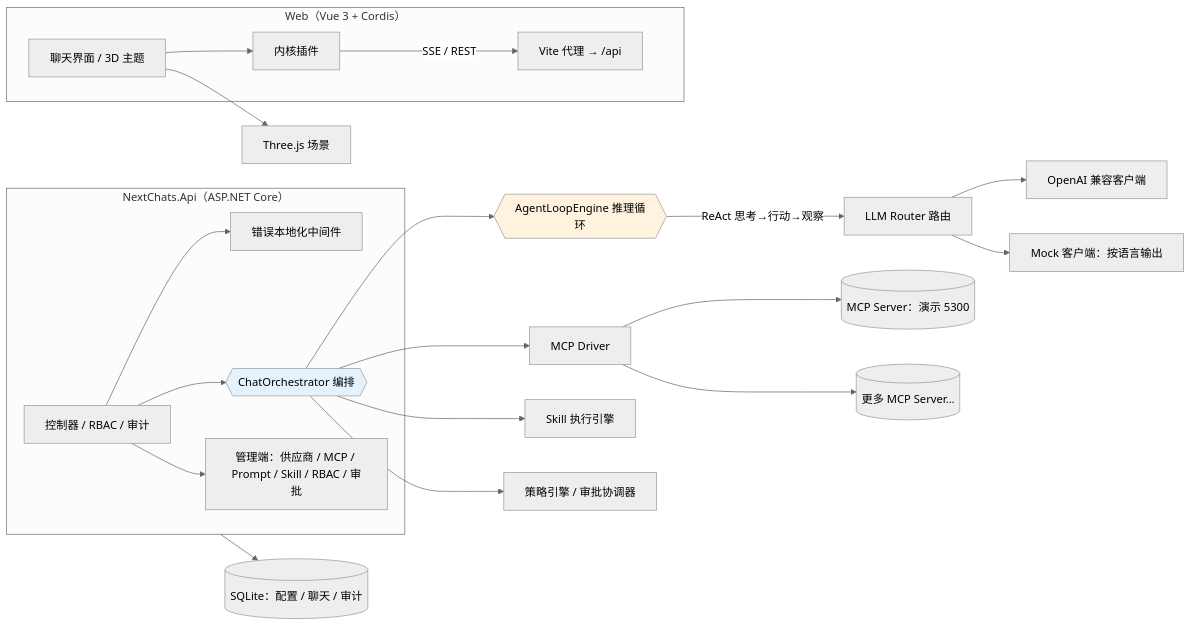
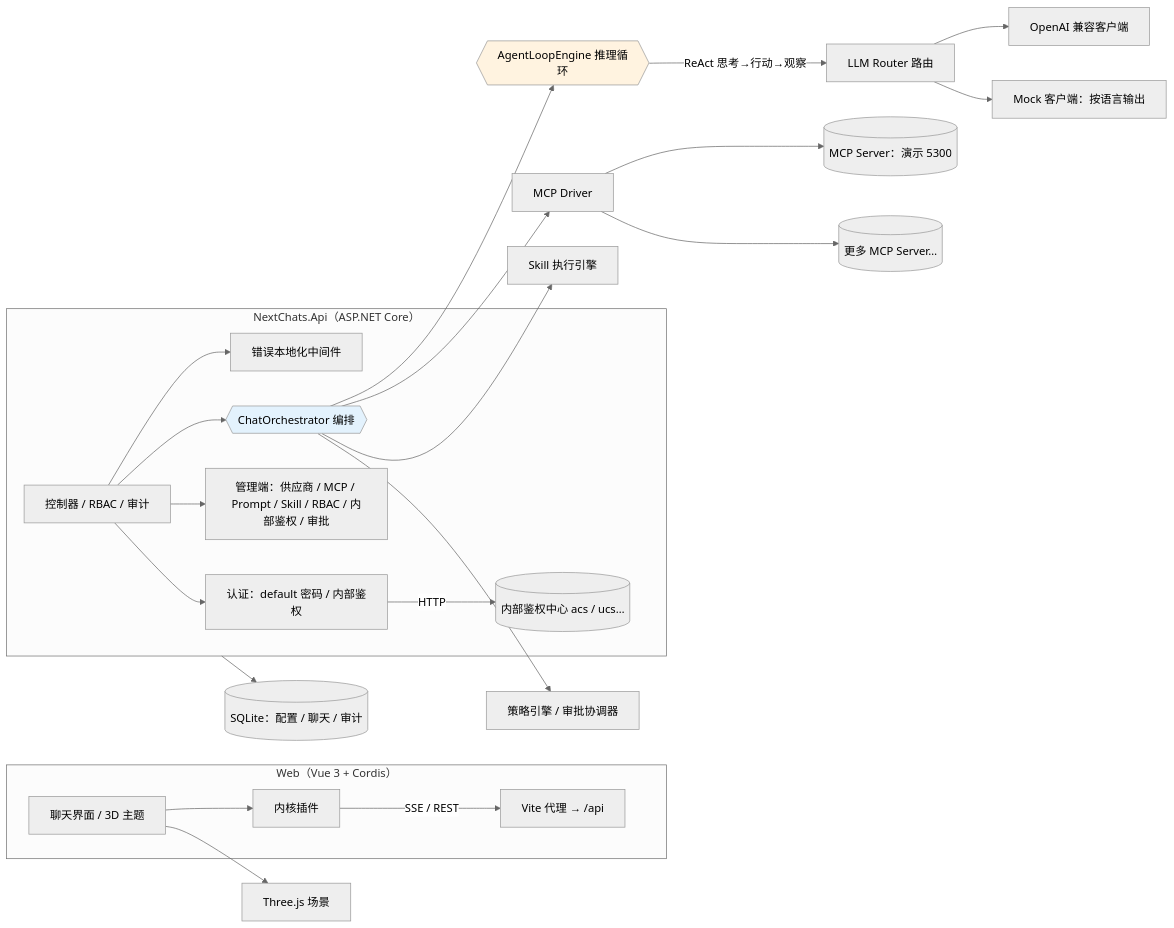
One commit to Hopcos/Next-Chats changed the second of 5 diagrams in README.zh.md. Above: the diagram before and after it, drawn with Mermaid (neutral theme). The commit also changed other lines of this file and 24 other files, not shown here.

````diff
--- a/README.zh.md
+++ b/README.zh.md
@@ -199,29 +233,31 @@
 ```mermaid
 flowchart LR
     subgraph Web["Web（Vue 3 + Cordis）"]
         UI[聊天界面 / 3D 主题] --> K[内核插件]
         K -->|SSE / REST| HTTP[Vite 代理 → /api]
     end
 
     subgraph Api["NextChats.Api（ASP.NET Core）"]
         Ctl[控制器 / RBAC / 审计] --> Mod[错误本地化中间件]
         Ctl --> Orch{{ChatOrchestrator 编排}}
-        Ctl --> Adm[管理端：供应商 / MCP / Prompt / Skill / RBAC / 审批]
+        Ctl --> Adm[管理端：供应商 / MCP / Prompt / Skill / RBAC / 内部鉴权 / 审批]
+        Ctl --> Auth[认证：default 密码 / 内部鉴权]
+        Auth -->|HTTP| IA[(内部鉴权中心 acs / ucs…)]
     end
 
     Orch --> Loop{{AgentLoopEngine 推理循环}}
     Loop -->|ReAct 思考→行动→观察| Router[LLM Router 路由]
     Router --> OpenAI[OpenAI 兼容客户端]
     Router --> Mock[Mock 客户端：按语言输出]
     Orch --> Driver[MCP Driver]
     Driver --> MCP1[(MCP Server：演示 5300)]
     Driver --> MCP2[(更多 MCP Server…)]
     Orch --> Skills[Skill 执行引擎]
     Orch --> Policy[策略引擎 / 审批协调器]
 
     Api --> DB[(SQLite：配置 / 聊天 / 审计)]
     UI --> V3[Three.js 场景]
 
     style Orch fill:#e3f2fd
     style Loop fill:#fff3e0
 ```
````
